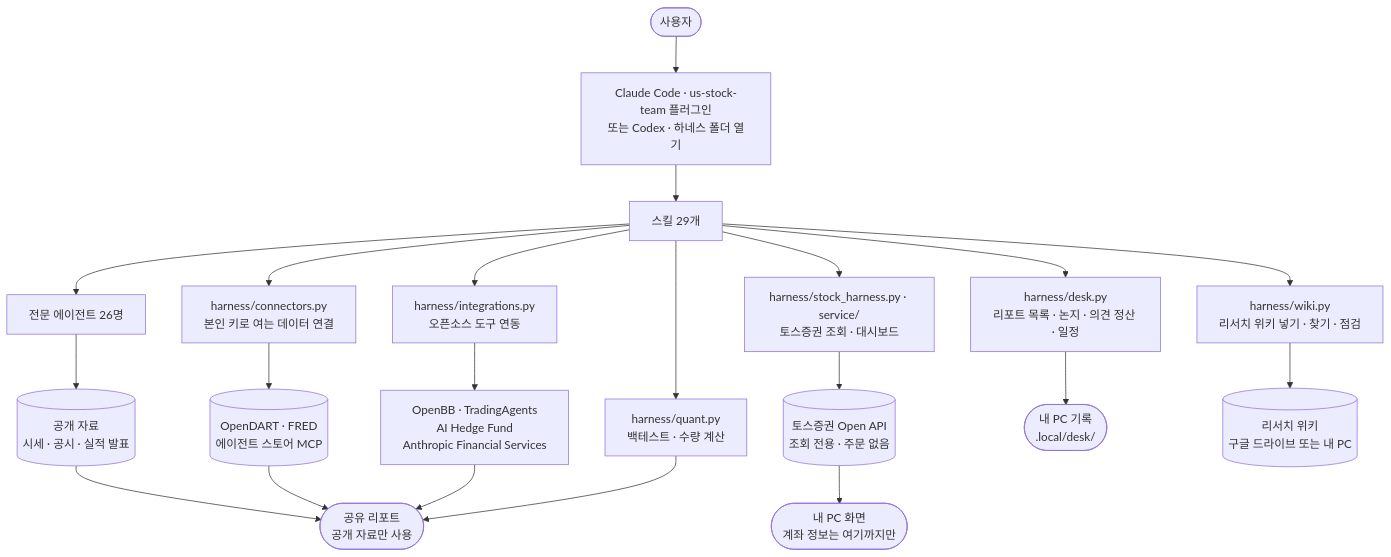
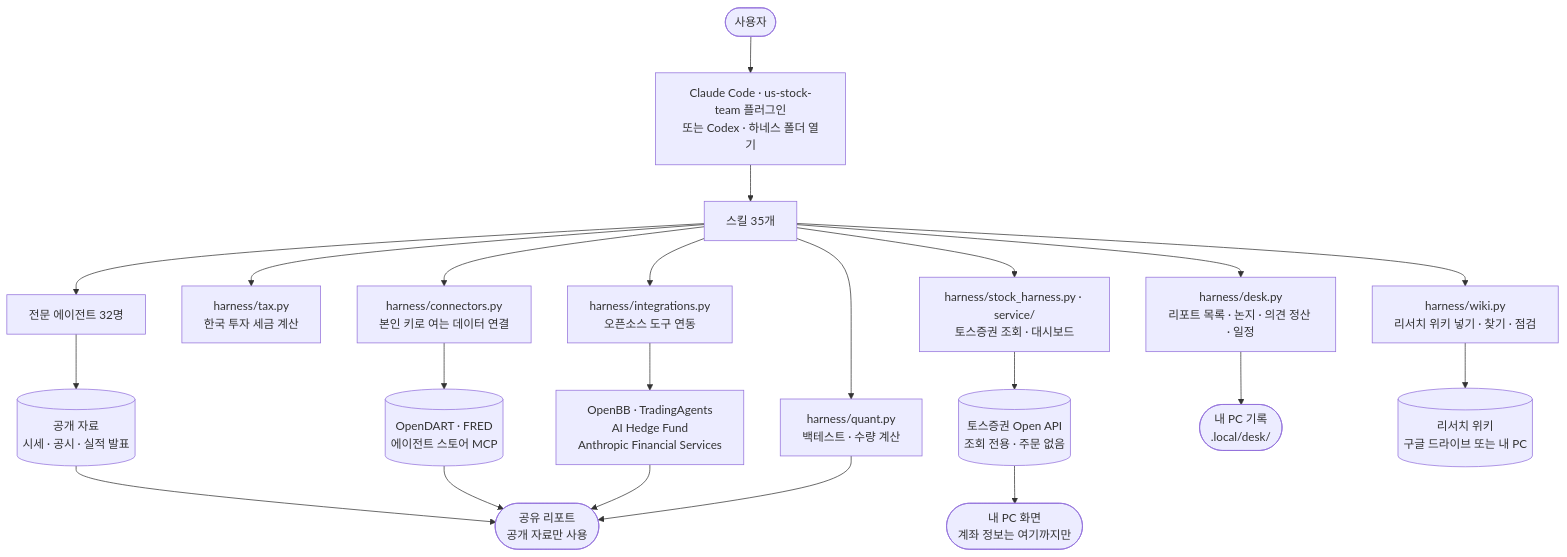
The second of 2 diagrams in README.md (seulee26/stock-team-harness), drawn with Mermaid before and after one commit. The commit also changed other lines of this file and 80 other files, not shown here.

````diff
--- a/README.md
+++ b/README.md
@@ -132,25 +137,26 @@
 ```mermaid
 flowchart TD
     U(["사용자"]) --> AI["Claude Code · us-stock-team 플러그인<br/>또는 Codex · 하네스 폴더 열기"]
-    AI --> SK["스킬 29개"]
-    SK --> AG["전문 에이전트 26명"]
+    AI --> SK["스킬 35개"]
+    SK --> AG["전문 에이전트 32명"]
+    SK --> TX["harness/tax.py<br/>한국 투자 세금 계산"]
     SK --> WK["harness/wiki.py<br/>리서치 위키 넣기 · 찾기 · 점검"]
     SK --> DK["harness/desk.py<br/>리포트 목록 · 논지 · 의견 정산 · 일정"]
     SK --> QN["harness/quant.py<br/>백테스트 · 수량 계산"]
     SK --> CN["harness/connectors.py<br/>본인 키로 여는 데이터 연결"]
     SK --> HI["harness/integrations.py<br/>오픈소스 도구 연동"]
     SK --> HT["harness/stock_harness.py · service/<br/>토스증권 조회 · 대시보드"]
 
     AG --> PUB[("공개 자료<br/>시세 · 공시 · 실적 발표")]
     CN --> DATA[("OpenDART · FRED<br/>에이전트 스토어 MCP")]
     HI --> OSS["OpenBB · TradingAgents<br/>AI Hedge Fund<br/>Anthropic Financial Services"]
     HT --> TOSS[("토스증권 Open API<br/>조회 전용 · 주문 없음")]
 
     PUB --> REP(["공유 리포트<br/>공개 자료만 사용"])
     DATA --> REP
     OSS --> REP
     QN --> REP
     DK --> LOC(["내 PC 기록<br/>.local/desk/"])
     WK --> WIKI[("리서치 위키<br/>구글 드라이브 또는 내 PC")]
     TOSS --> PC(["내 PC 화면<br/>계좌 정보는 여기까지만"])
 ```
````
